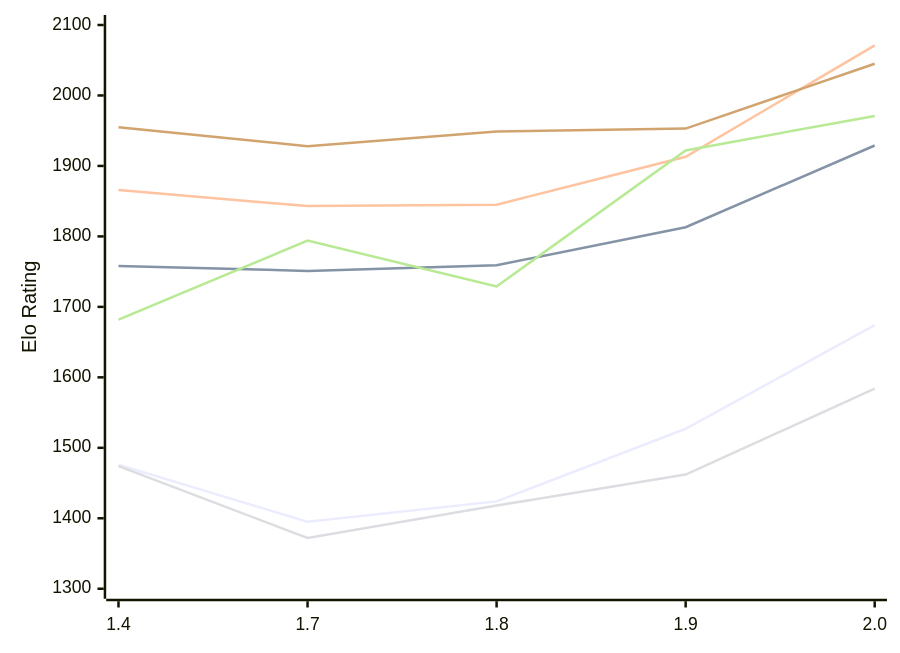
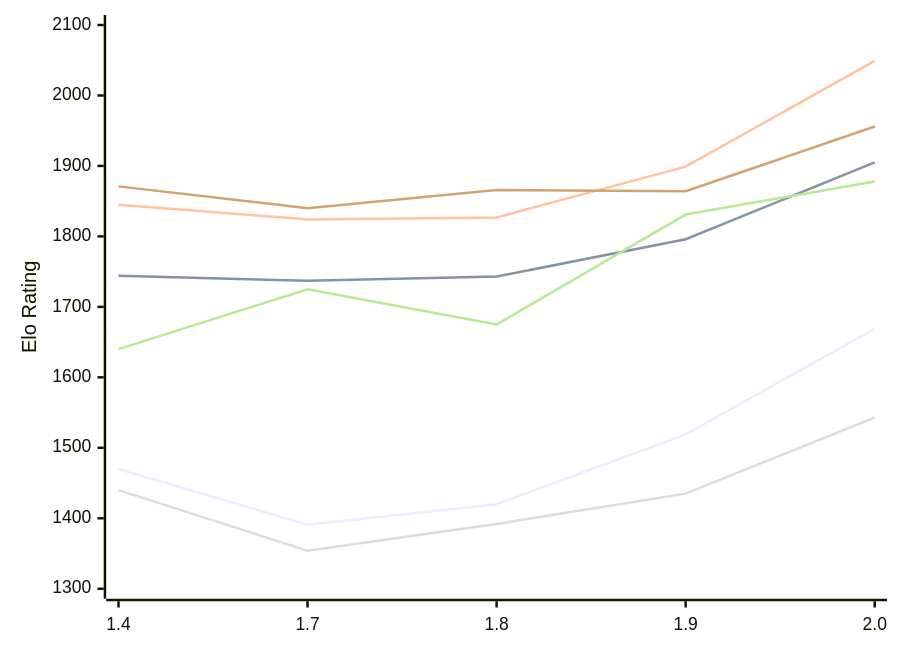
Before and after one commit to computer-chess-index/cci: the diagram in engines/Russell.md, drawn with Mermaid. The commit also changed other lines of this file, not shown here.

Commit message:
Update CCI Ratings (ELO VLTC) - 2026-11-13

````diff
--- a/engines/Russell.md
+++ b/engines/Russell.md
@@ -55,12 +55,12 @@
 ```mermaid
 %%{init: {"theme":"base","themeVariables":{"seriesColors:['#a3a3a3','#222221','#faa371']}}}%%
 xychart-beta
   x-axis ["1.4", "1.7", "1.8", "1.9", "2.0"]
   y-axis "Elo Rating" 1300 --> 2100
-  line "E1: STC (8.0+0.08s)" [1476, 1395, 1424, 1527, 1674]
-  line "E1: LTC (60.0+0.60s)" [1758, 1751, 1759, 1813, 1929]
-  line "E1: VLTC (2m24s+1.12s)" [1866, 1843, 1845, 1913, 2071]
-  line "P1: STC (8.0+0.08s)" [1474, 1372, 1418, 1462, 1584]
-  line "P1: LTC (60.0+0.60s)" [1682, 1794, 1729, 1922, 1971]
-  line "P1: VLTC (2m24s+1.12s)" [1955, 1928, 1949, 1953, 2045]
+  line "E1: STC (8.0+0.08s)" [1470, 1391, 1420, 1519, 1669]
+  line "E1: LTC (60.0+0.60s)" [1744, 1737, 1743, 1796, 1905]
+  line "E1: VLTC (2m24s+1.12s)" [1845, 1824, 1827, 1899, 2049]
+  line "P1: STC (8.0+0.08s)" [1440, 1354, 1392, 1435, 1543]
+  line "P1: LTC (60.0+0.60s)" [1640, 1725, 1675, 1831, 1878]
+  line "P1: VLTC (2m24s+1.12s)" [1871, 1840, 1866, 1864, 1956]
 ```
````
